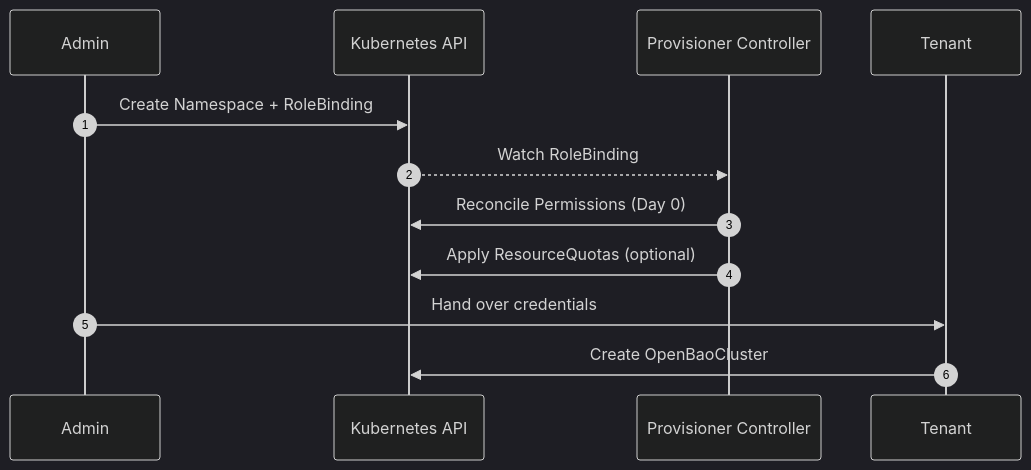
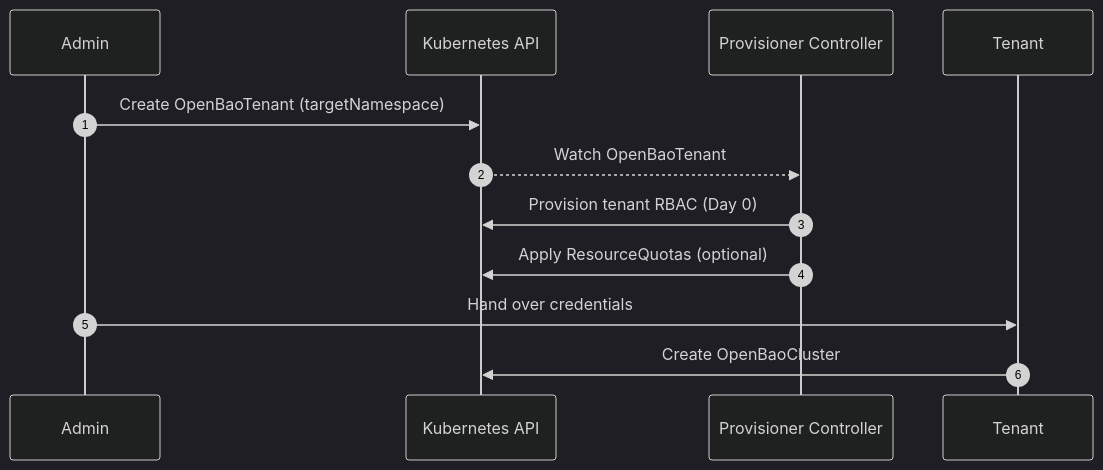
Before and after one commit to dc-tec/openbao-operator: the diagram in docs/architecture/lifecycle/day0-provisioning.md, drawn with Mermaid (dark theme). The commit also changed other lines of this file and 48 other files, not shown here.

````diff
--- a/docs/architecture/lifecycle/day0-provisioning.md
+++ b/docs/architecture/lifecycle/day0-provisioning.md
@@ -25,15 +26,15 @@
 ```mermaid
 sequenceDiagram
     autonumber
     participant Admin
     participant K as Kubernetes API
     participant Prov as Provisioner Controller
     participant Tenant
 
-    Admin->>K: Create Namespace + RoleBinding
-    K-->>Prov: Watch RoleBinding
-    Prov->>K: Reconcile Permissions (Day 0)
+    Admin->>K: Create OpenBaoTenant (targetNamespace)
+    K-->>Prov: Watch OpenBaoTenant
+    Prov->>K: Provision tenant RBAC (Day 0)
     Prov->>K: Apply ResourceQuotas (optional)
     Admin->>Tenant: Hand over credentials
     Tenant->>K: Create OpenBaoCluster
 ```
````
